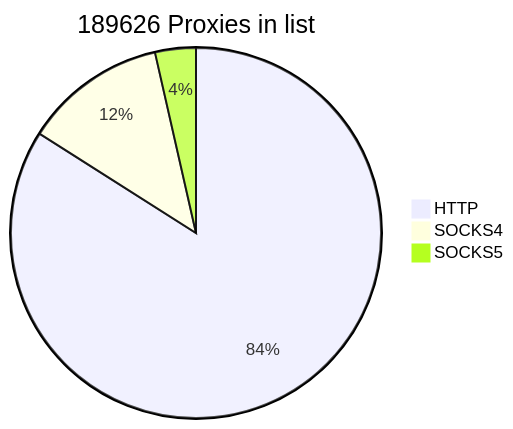
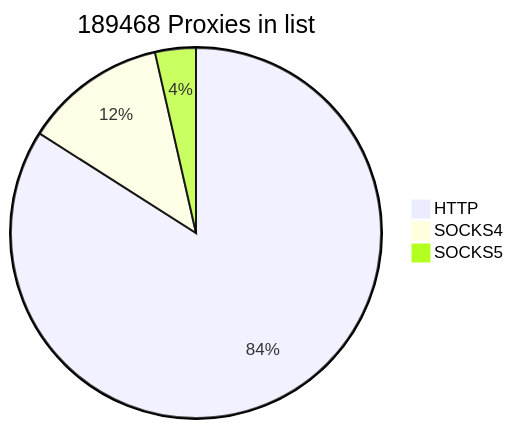
Before and after one commit to cutipu/proxylist: the first of 2 diagrams in README.md, drawn with Mermaid. The commit also changed other lines of this file, not shown here.

````diff
--- a/README.md
+++ b/README.md
@@ -2,7 +2,7 @@
 ```mermaid
-pie title 189626 Proxies in list
-    "HTTP" : 159296
-    "SOCKS4" : 23587
-    "SOCKS5" : 6743
+pie title 189468 Proxies in list
+    "HTTP" : 159191
+    "SOCKS4" : 23537
+    "SOCKS5" : 6740
             
 ```
````
